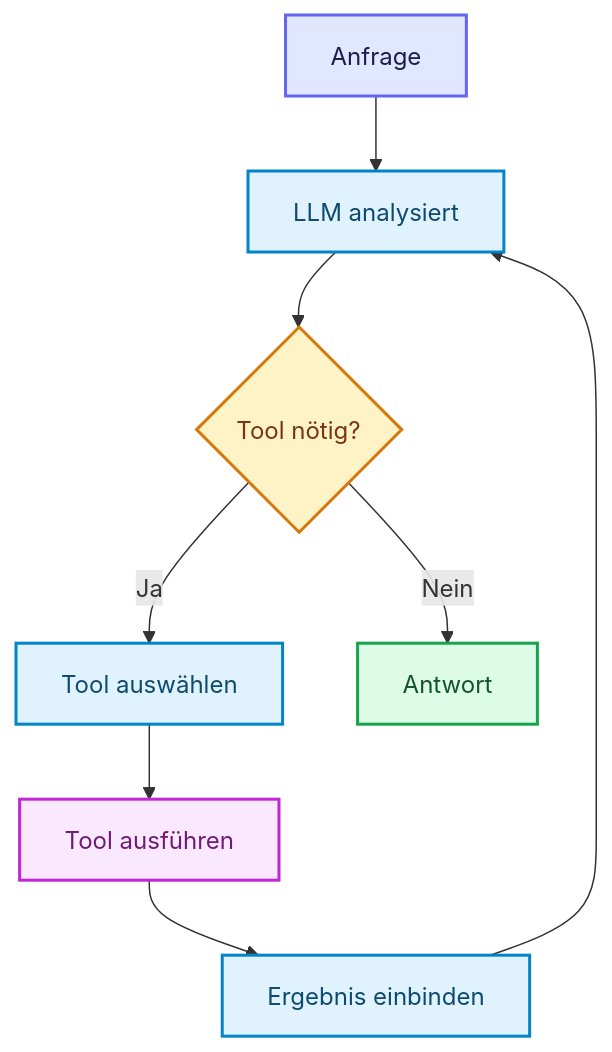
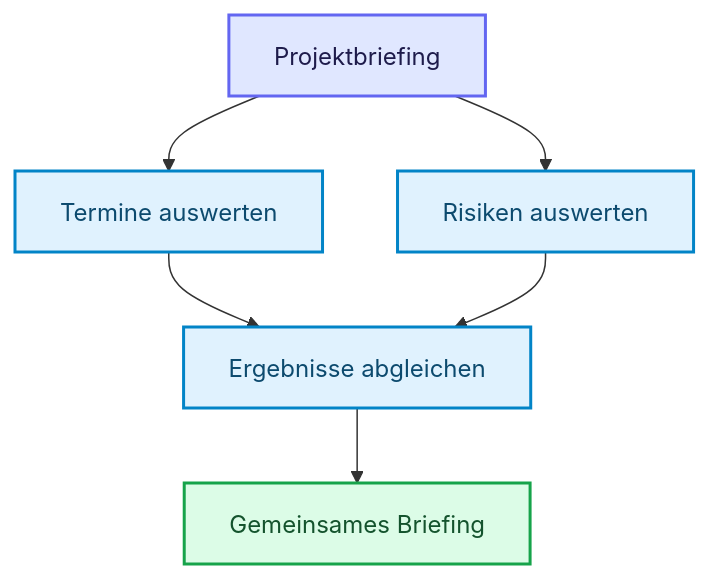
Before and after one commit to ralf-42/Agenten: the fourth of 8 diagrams in docs/04-agenten-implementierung/entwurf/agent-architekturen.md, drawn with Mermaid. The commit also changed other lines of this file and 12 other files, not shown here.

````diff
--- a/docs/04-agenten-implementierung/entwurf/agent-architekturen.md
+++ b/docs/04-agenten-implementierung/entwurf/agent-architekturen.md
@@ -222,21 +129,13 @@
 ```mermaid
 flowchart TD
-    A[Anfrage] --> B[LLM analysiert]
-    B --> C{Tool nötig?}
-    C -->|Ja| D[Tool auswählen]
-    D --> E[Tool ausführen]
-    E --> F[Ergebnis einbinden]
-    F --> B
-    C -->|Nein| G[Antwort]
-
+    Q["Projektbriefing"] --> A["Termine auswerten"]
+    Q --> B["Risiken auswerten"]
+    A --> J["Ergebnisse abgleichen"]
+    B --> J
+    J --> O["Gemeinsames Briefing"]
     classDef default fill:#e0f2fe,stroke:#0284c7,stroke-width:2px,color:#0c4a6e;
     classDef input fill:#e0e7ff,stroke:#6366f1,stroke-width:2px,color:#1e1b4b;
-    classDef metric fill:#fef3c7,stroke:#d97706,stroke-width:2px,color:#78350f;
     classDef output fill:#dcfce7,stroke:#16a34a,stroke-width:2px,color:#14532d;
-    classDef target fill:#fae8ff,stroke:#c026d3,stroke-width:2px,color:#701a75;
-
-    class A input;
-    class C metric;
-    class G output;
-    class E target;
+    class Q input;
+    class O output;
 ```
````
